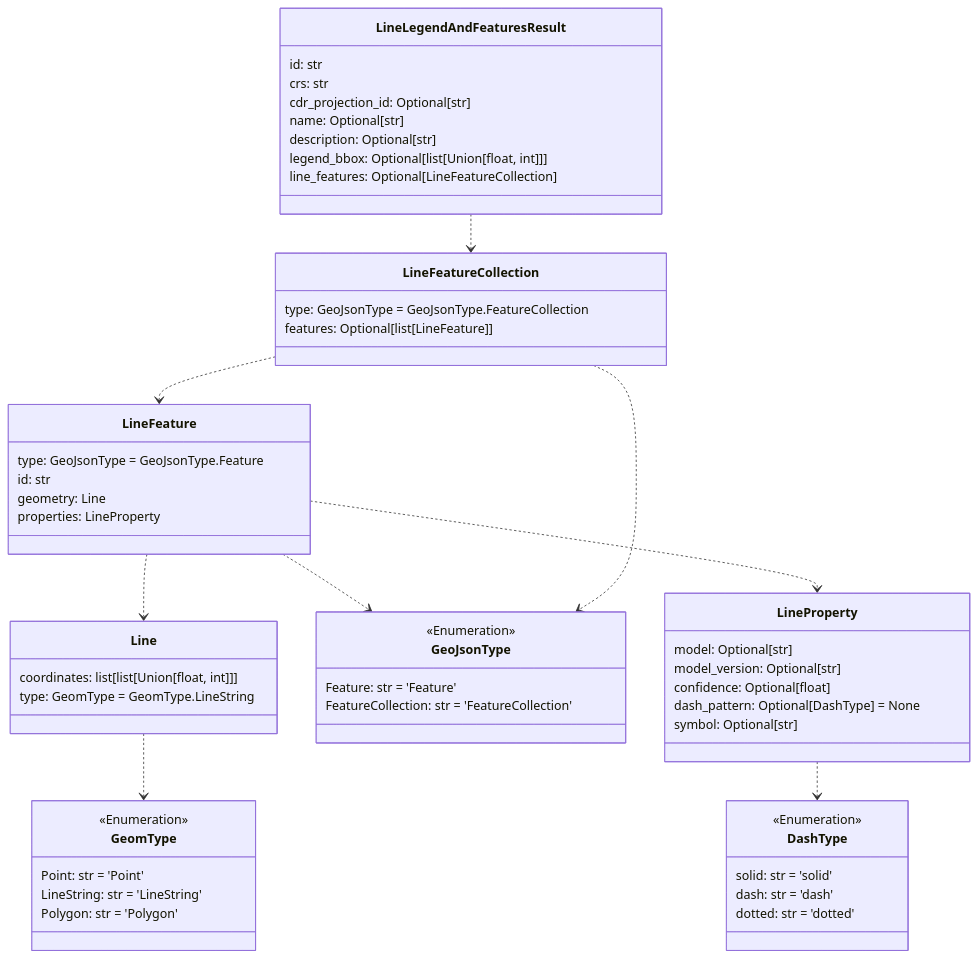
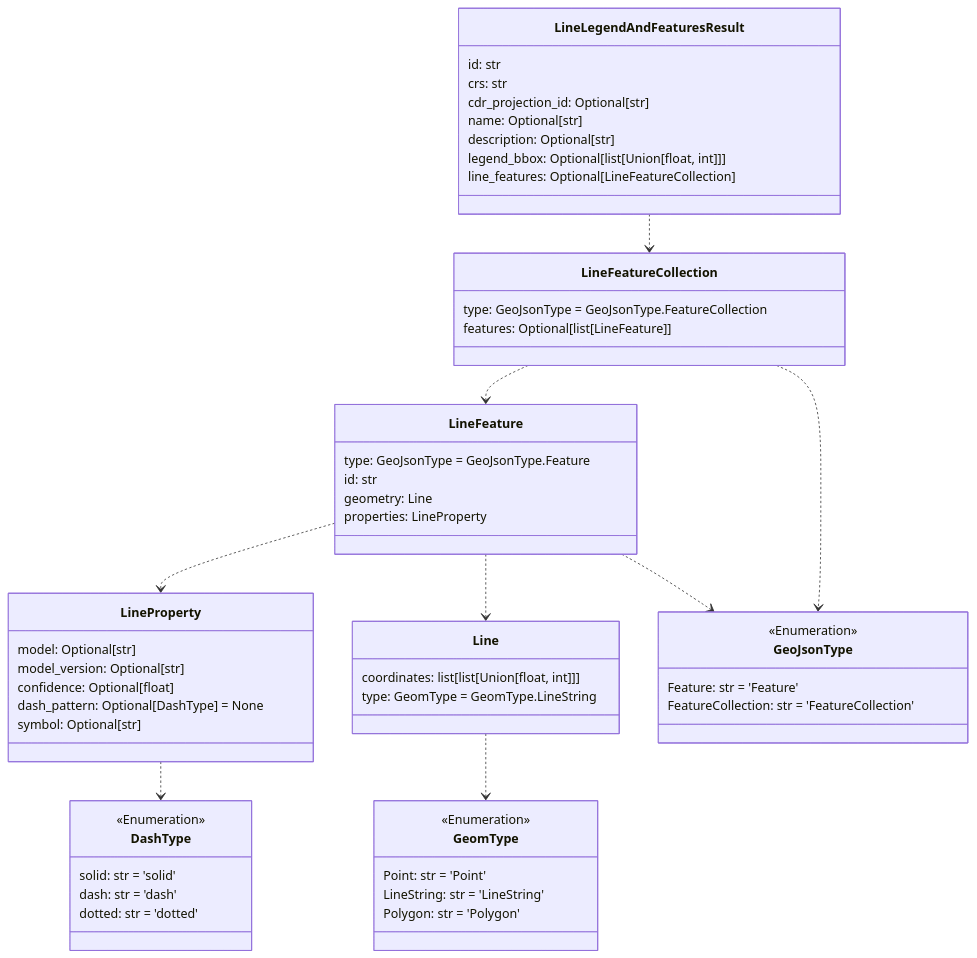
One commit to DARPA-CRITICALMAAS/cdr_schemas changed the fifth of 11 diagrams in README.md. Above: the diagram before and after it, drawn with Mermaid. The commit also changed other lines of this file and 3 other files, not shown here.

````diff
--- a/README.md
+++ b/README.md
@@ -348,69 +348,69 @@
 ```mermaid
 classDiagram
 
-    class LineFeatureCollection {
-        type: GeoJsonType = GeoJsonType.FeatureCollection
-        features: Optional[list[LineFeature]]
+    class LineFeature {
+        type: GeoJsonType = GeoJsonType.Feature
+        id: str
+        geometry: Line
+        properties: LineProperty
+    }
+
+    class Line {
+        coordinates: list[list[Union[float, int]]]
+        type: GeomType = GeomType.LineString
     }
 
     class DashType {
         <<Enumeration>>
         solid: str = 'solid'
         dash: str = 'dash'
         dotted: str = 'dotted'
     }
 
-    class Line {
-        coordinates: list[list[Union[float, int]]]
-        type: GeomType = GeomType.LineString
+    class LineProperty {
+        model: Optional[str]
+        model_version: Optional[str]
+        confidence: Optional[float]
+        dash_pattern: Optional[DashType] = None
+        symbol: Optional[str]
+    }
+
+    class LineFeatureCollection {
+        type: GeoJsonType = GeoJsonType.FeatureCollection
+        features: Optional[list[LineFeature]]
     }
 
     class GeoJsonType {
         <<Enumeration>>
         Feature: str = 'Feature'
         FeatureCollection: str = 'FeatureCollection'
-    }
-
-    class LineProperty {
-        model: Optional[str]
-        model_version: Optional[str]
-        confidence: Optional[float]
-        dash_pattern: Optional[DashType] = None
-        symbol: Optional[str]
     }
 
     class GeomType {
         <<Enumeration>>
         Point: str = 'Point'
         LineString: str = 'LineString'
         Polygon: str = 'Polygon'
     }
 
     class LineLegendAndFeaturesResult {
         id: str
         crs: str
         cdr_projection_id: Optional[str]
         name: Optional[str]
         description: Optional[str]
         legend_bbox: Optional[list[Union[float, int]]]
         line_features: Optional[LineFeatureCollection]
     }
 
-    class LineFeature {
-        type: GeoJsonType = GeoJsonType.Feature
-        id: str
-        geometry: Line
-        properties: LineProperty
-    }
-
     Line ..> GeomType
     LineProperty ..> DashType
+    LineFeature ..> LineProperty
     LineFeature ..> Line
     LineFeature ..> GeoJsonType
-    LineFeature ..> LineProperty
+    LineFeatureCollection ..> LineFeature
     LineFeatureCollection ..> GeoJsonType
-    LineFeatureCollection ..> LineFeature
     LineLegendAndFeaturesResult ..> LineFeatureCollection
 
 
 ```
````
